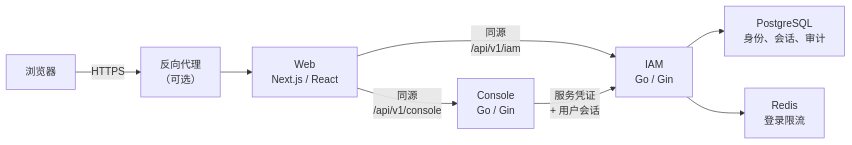
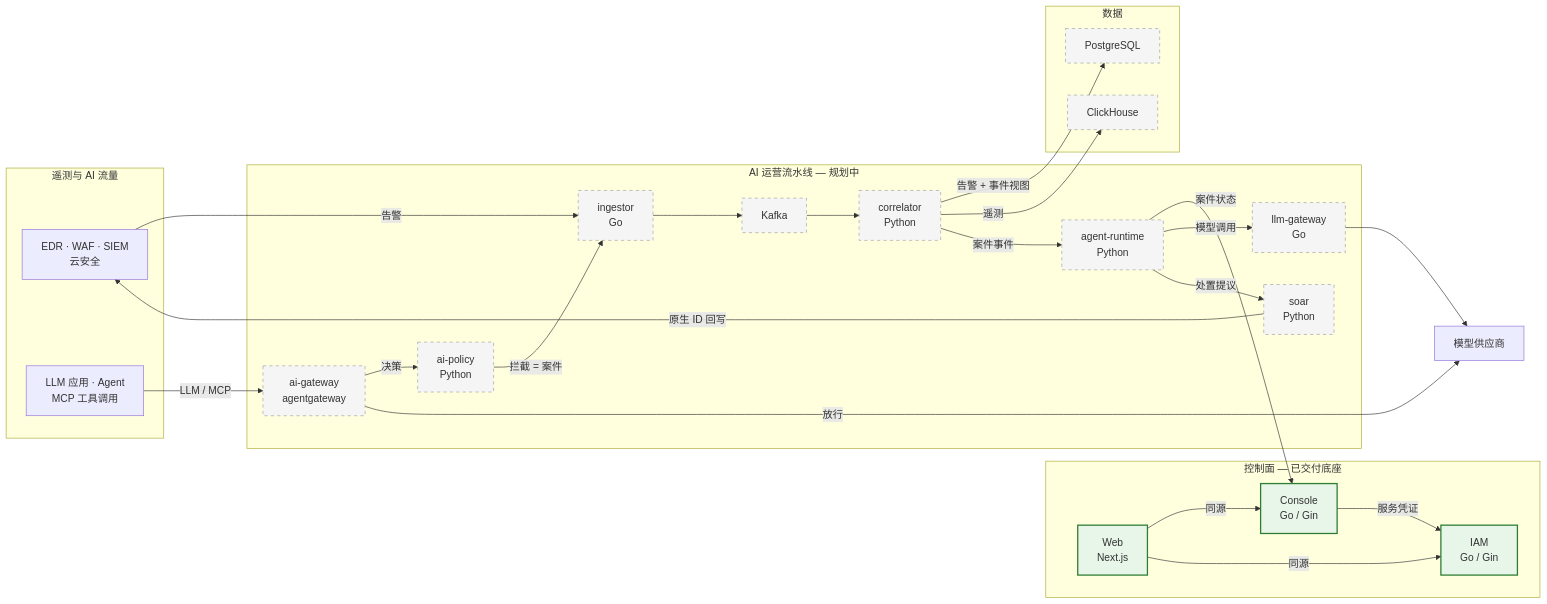
Before and after one commit to EayonLee/SecPlexus: the first of 2 diagrams in README.zh-CN.md, drawn with Mermaid. The commit also changed other lines of this file and 4 other files, not shown here.

````diff
--- a/README.zh-CN.md
+++ b/README.zh-CN.md
@@ -56,10 +87,51 @@
 ```mermaid
 flowchart LR
-  B["浏览器"] -->|"HTTPS"| P["反向代理<br/>（可选）"]
-  P --> W["Web<br/>Next.js / React"]
-  W -->|"同源<br/>/api/v1/iam"| I["IAM<br/>Go / Gin"]
-  W -->|"同源<br/>/api/v1/console"| C["Console<br/>Go / Gin"]
-  C -->|"服务凭证<br/>+ 用户会话"| I
-  I --> PG["PostgreSQL<br/>身份、会话、审计"]
-  I --> R["Redis<br/>登录限流"]
+  subgraph SRC["遥测与 AI 流量"]
+    A["EDR · WAF · SIEM<br/>云安全"]
+    U["LLM 应用 · Agent<br/>MCP 工具调用"]
+  end
+
+  subgraph CTRL["控制面 — 已交付底座"]
+    W["Web<br/>Next.js"]
+    C["Console<br/>Go / Gin"]
+    I["IAM<br/>Go / Gin"]
+  end
+
+  subgraph PIPE["AI 运营流水线 — 规划中"]
+    ING["ingestor<br/>Go"]
+    K["Kafka"]
+    COR["correlator<br/>Python"]
+    AR["agent-runtime<br/>Python"]
+    LG["llm-gateway<br/>Go"]
+    SOAR["soar<br/>Python"]
+    AG["ai-gateway<br/>agentgateway"]
+    AIP["ai-policy<br/>Python"]
+  end
+
+  subgraph STORE["数据"]
+    PG["PostgreSQL"]
+    CH["ClickHouse"]
+  end
+
+  P["模型供应商"]
+
+  A -->|"告警"| ING --> K --> COR
+  COR -->|"告警 + 事件视图"| PG
+  COR -->|"遥测"| CH
+  COR -->|"案件事件"| AR
+  AR -->|"案件状态"| C
+  AR -->|"模型调用"| LG --> P
+  U -->|"LLM / MCP"| AG -->|"决策"| AIP
+  AG -->|"放行"| P
+  AIP -->|"拦截 = 案件"| ING
+  AR -->|"处置提议"| SOAR
+  SOAR -->|"原生 ID 回写"| A
+  W -->|"同源"| C
+  W -->|"同源"| I
+  C -->|"服务凭证"| I
+
+  classDef delivered fill:#e8f5e9,stroke:#2e7d32,stroke-width:2px
+  classDef planned fill:#f5f5f5,stroke:#9e9e9e,stroke-width:1px,stroke-dasharray: 5 5
+  class W,C,I delivered
+  class ING,K,COR,AR,LG,SOAR,AG,AIP,PG,CH planned
 ```
````
